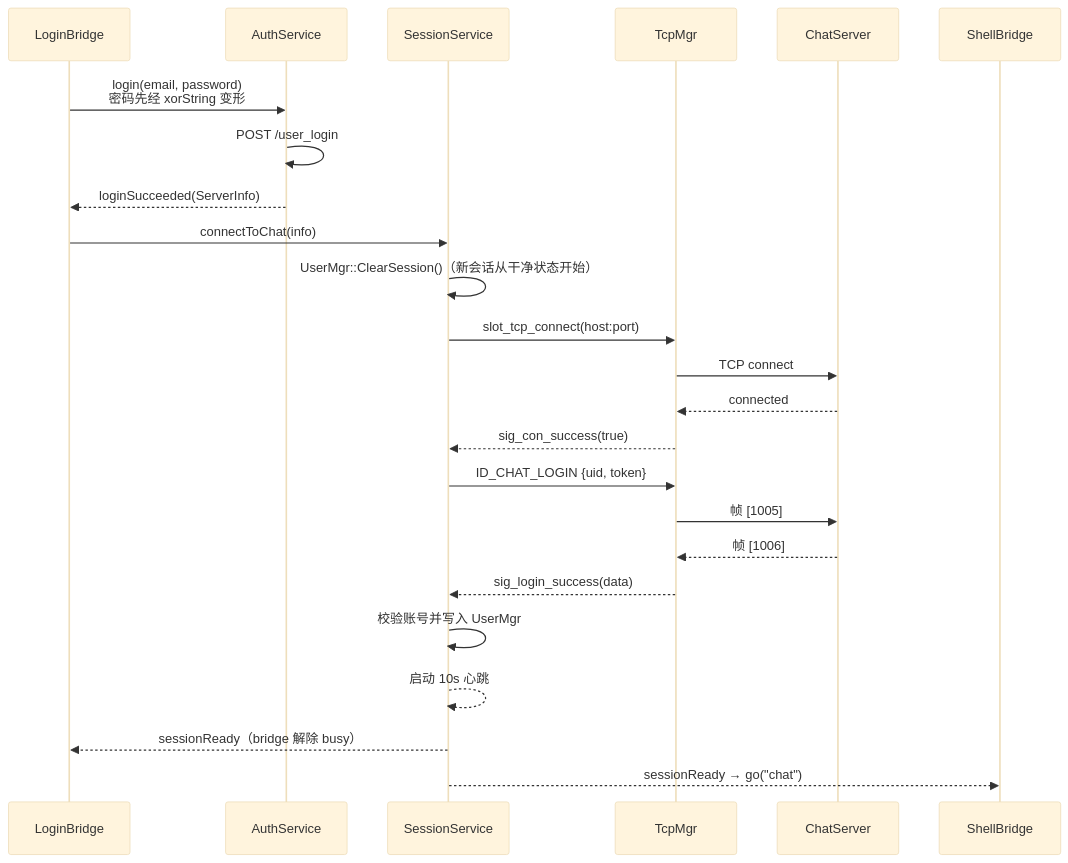
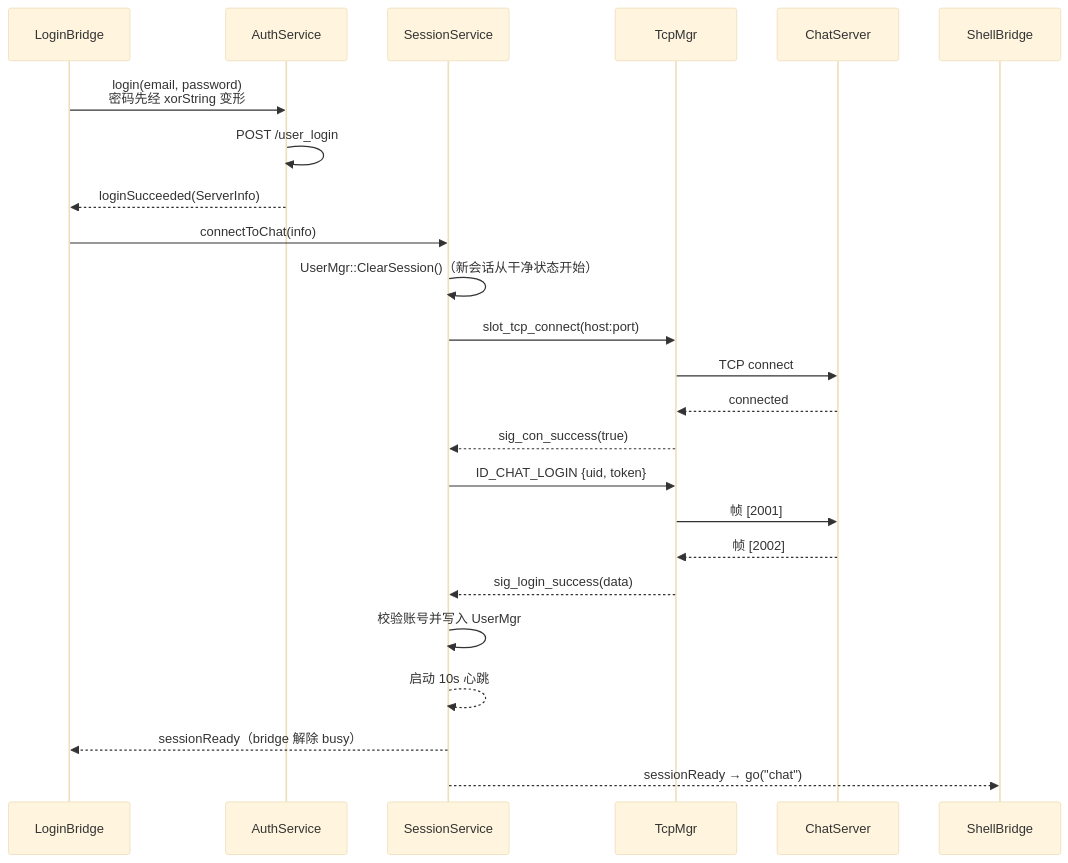
Before and after one commit to yrc920/yunjian: the diagram in docs/06-client.md, drawn with Mermaid (base theme). The commit also changed other lines of this file and 78 other files, not shown here.

````diff
--- a/docs/06-client.md
+++ b/docs/06-client.md
@@ -233,26 +233,26 @@
 ```mermaid
 sequenceDiagram
     participant U as LoginBridge
     participant A as AuthService
     participant S as SessionService
     participant T as TcpMgr
     participant C as ChatServer
 
     U->>A: login(email, password)<br/>密码先经 xorString 变形
     A->>A: POST /user_login
     A-->>U: loginSucceeded(ServerInfo)
     U->>S: connectToChat(info)
     S->>S: UserMgr::ClearSession()（新会话从干净状态开始）
     S->>T: slot_tcp_connect(host:port)
     T->>C: TCP connect
     C-->>T: connected
     T-->>S: sig_con_success(true)
     S->>T: ID_CHAT_LOGIN {uid, token}
-    T->>C: 帧 [1005]
-    C-->>T: 帧 [1006]
+    T->>C: 帧 [2001]
+    C-->>T: 帧 [2002]
     T-->>S: sig_login_success(data)
     S->>S: 校验账号并写入 UserMgr
     S-->>S: 启动 10s 心跳
     S-->>U: sessionReady（bridge 解除 busy）
     S-->>ShellBridge: sessionReady → go("chat")
 ```
````
